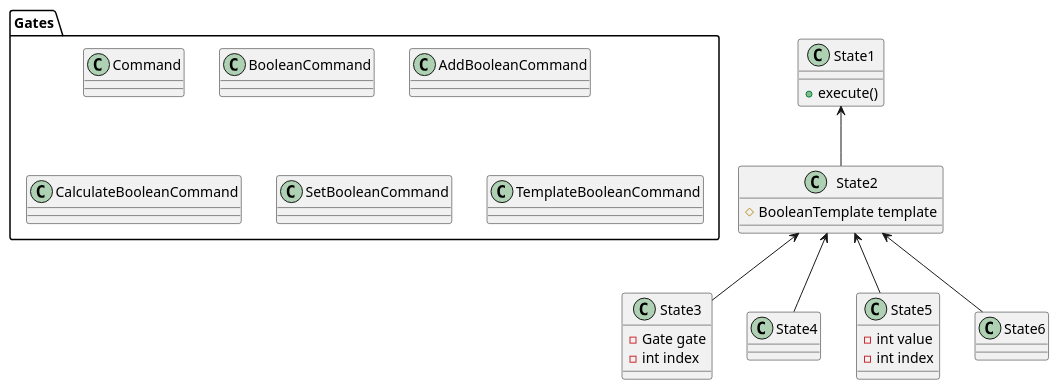
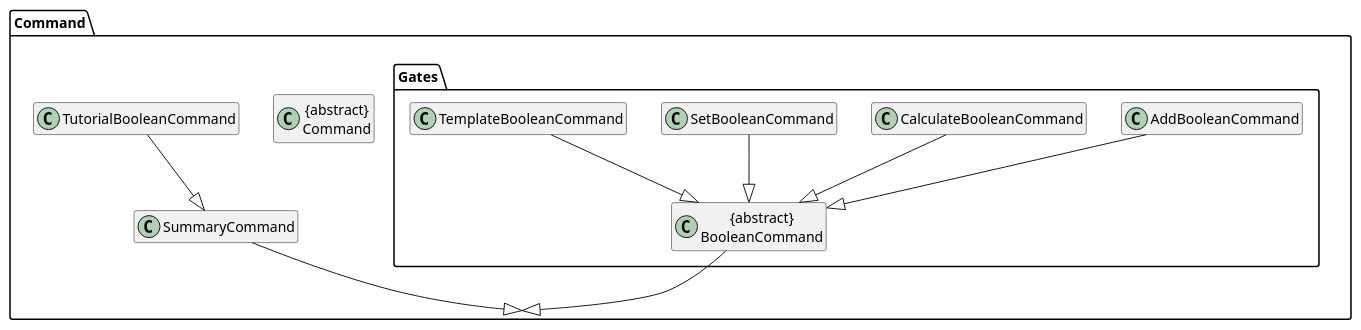
Before and after one commit to sevenseasofbri/tp: the diagram in docs/diagrams/BooleanCommandClassDiagram.puml, drawn with PlantUML. The commit also changed 7 other files, not shown here.

```diff
--- a/docs/diagrams/BooleanCommandClassDiagram.puml
+++ b/docs/diagrams/BooleanCommandClassDiagram.puml
@@ -1,36 +1,28 @@
 @startuml
+
+hide member
+
+package Command {
+
+class "{abstract}\nCommand" as Command
+class "SummaryCommand" as Summary
+class "TutorialBooleanCommand" as Tutorial
+
 package Gates {
-    class "Command" as State1
-    class "BooleanCommand" as State2
-    class "AddBooleanCommand" as State3
-    class “CalculateBooleanCommand" as State4
-    class “SetBooleanCommand" as State5
-    class “TemplateBooleanCommand" as State6
+    class "{abstract}\nBooleanCommand" as Bool
+    class "AddBooleanCommand" as Add
+    class "CalculateBooleanCommand" as Calc
+    class "SetBooleanCommand" as Set
+    class "TemplateBooleanCommand" as Template
 }
-class State1 {
-    + execute()
-}
-class State2 {
-    # BooleanTemplate template
-}
-class State3 {
-    - Gate gate
-    - int index
-}
-class State4 {
-
-}
-class State5 {
-    - int value
-    - int index
-}
-class State6 {
 }
 
+Bool --|> Command
+Add --|> Bool
+Set --|> Bool
+Template --|> Bool
+Calc --|> Bool
+Summary --|> Command
+Tutorial --|> Summary
 
-State1 <-- State2
-State2 <-- State3
-State2 <-- State4
-State2 <-- State5
-State2 <-- State6
 @enduml
```
